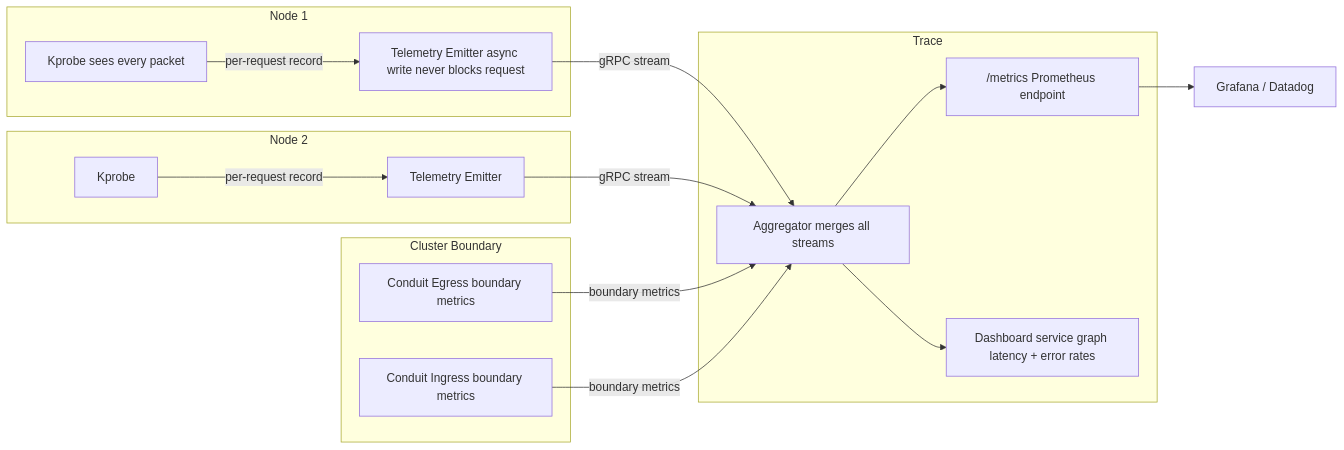
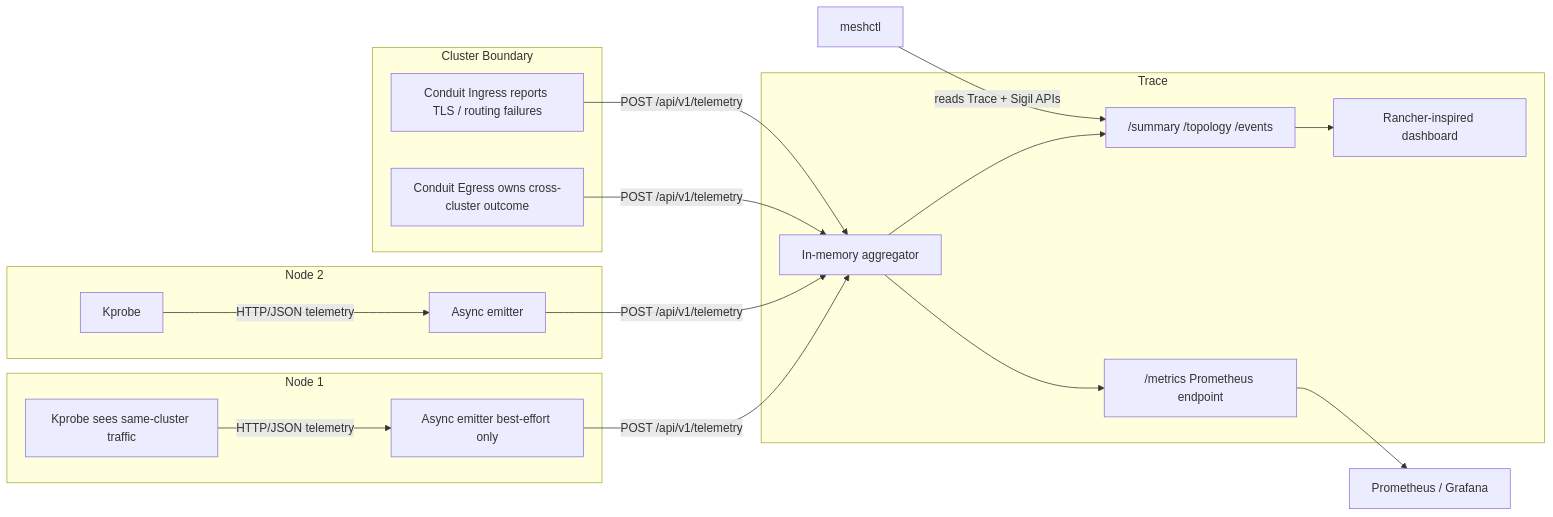
Diagram 22 of 23 in docs/architecture.md (andrew-william-dev/Meshlite), drawn with Mermaid before and after one commit. The commit also changed other lines of this file and 1610 other files, not shown here.

Commit message:
phase-5: close — observability dashboard and operator CLI verified end-to-end

````diff
--- a/docs/architecture.md
+++ b/docs/architecture.md
@@ -822,35 +822,39 @@
 ```mermaid
 graph LR
     subgraph N1 ["Node 1"]
-        KP1["Kprobe sees every packet"]
-        TE1["Telemetry Emitter async write never blocks request"]
-        KP1 -->|per-request record| TE1
+        KP1["Kprobe sees same-cluster traffic"]
+        TE1["Async emitter best-effort only"]
+        KP1 -->|HTTP/JSON telemetry| TE1
     end
 
     subgraph N2 ["Node 2"]
         KP2["Kprobe"]
-        TE2["Telemetry Emitter"]
-        KP2 -->|per-request record| TE2
+        TE2["Async emitter"]
+        KP2 -->|HTTP/JSON telemetry| TE2
     end
 
     subgraph EDGE ["Cluster Boundary"]
-        CE_T["Conduit Egress boundary metrics"]
-        CI_T["Conduit Ingress boundary metrics"]
+        CE_T["Conduit Egress owns cross-cluster outcome"]
+        CI_T["Conduit Ingress reports TLS / routing failures"]
     end
 
     subgraph TRACE ["Trace"]
-        AGG["Aggregator merges all streams"]
+        AGG["In-memory aggregator"]
+        API["/summary /topology /events"]
         PROM["/metrics Prometheus endpoint"]
-        UI["Dashboard service graph latency + error rates"]
+        UI["Rancher-inspired dashboard"]
+        AGG --> API
         AGG --> PROM
-        AGG --> UI
+        API --> UI
     end
 
-    EXT["Grafana / Datadog"]
+    CLI["meshctl"]
+    EXT["Prometheus / Grafana"]
 
-    TE1 -->|gRPC stream| AGG
-    TE2 -->|gRPC stream| AGG
-    CE_T -->|boundary metrics| AGG
-    CI_T -->|boundary metrics| AGG
+    TE1 -->|POST /api/v1/telemetry| AGG
+    TE2 -->|POST /api/v1/telemetry| AGG
+    CE_T -->|POST /api/v1/telemetry| AGG
+    CI_T -->|POST /api/v1/telemetry| AGG
+    CLI -->|reads Trace + Sigil APIs| API
     PROM --> EXT
 ```
````
